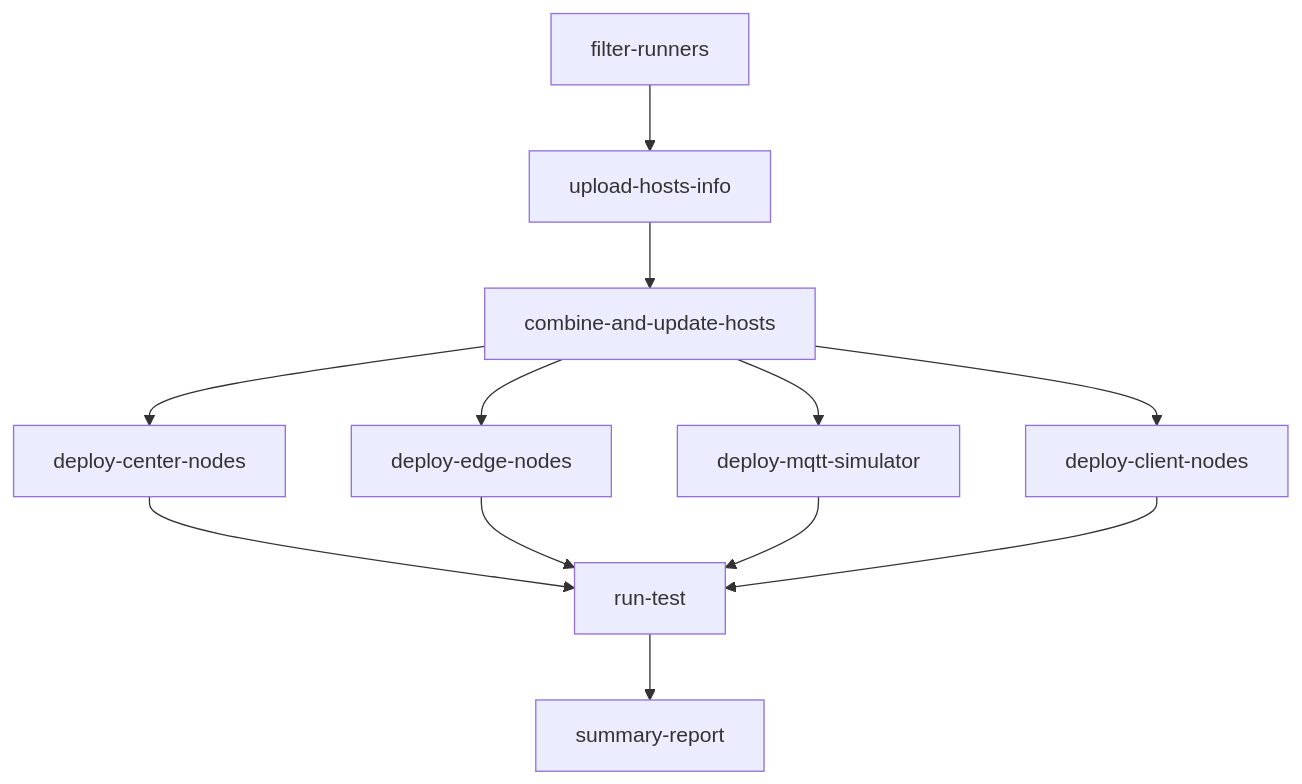
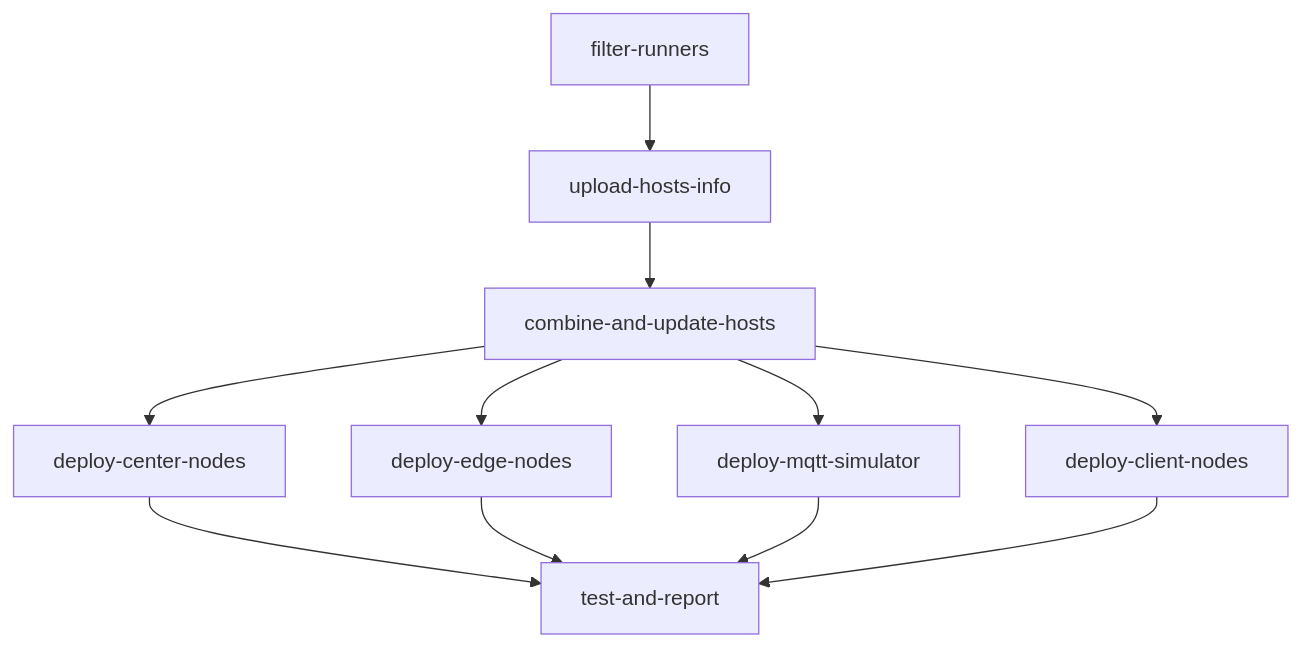
One commit to taosdata/ems changed the first of 2 diagrams in README.md. Above: the diagram before and after it, drawn with Mermaid. The commit also changed other lines of this file, not shown here.

Commit message:
enh: rename a job and modify mermaid graph

````diff
--- a/README.md
+++ b/README.md
@@ -49,11 +49,10 @@
 ```mermaid
 graph TD
     A[filter-runners] --> B[upload-hosts-info]
     B --> C[combine-and-update-hosts]
     C --> D[deploy-center-nodes]
     C --> E[deploy-edge-nodes]
     C --> F[deploy-mqtt-simulator]
     C --> G[deploy-client-nodes]
-    D & E & F & G --> H[run-test]
-    H --> I[summary-report]
+    D & E & F & G --> H[test-and-report]
 ```
````
